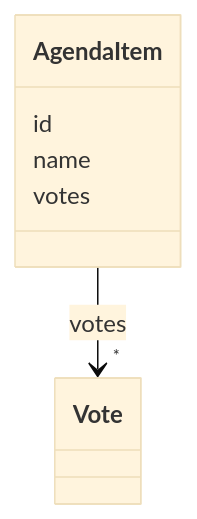
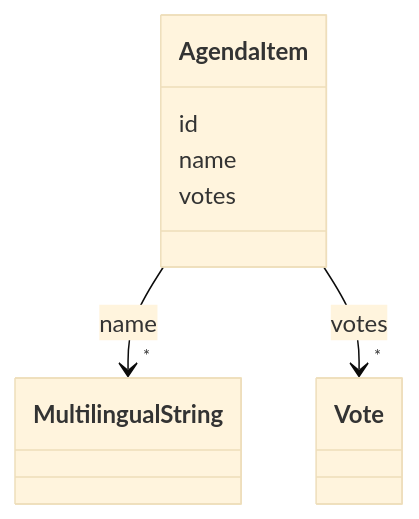
The diagram in Gx_tutorial/output/docs/AgendaItem.md (swiss/political-affairs-ech-group), drawn with Mermaid (base theme) before and after one commit. The commit also changed other lines of this file and 45 other files, not shown here.

````diff
--- a/Gx_tutorial/output/docs/AgendaItem.md
+++ b/Gx_tutorial/output/docs/AgendaItem.md
@@ -14,21 +14,30 @@
 ```mermaid
  classDiagram
     class AgendaItem
     click AgendaItem href "../AgendaItem"
       AgendaItem : id
         
       AgendaItem : name
+        
+          
+    
+        
+        
+        AgendaItem --> "*" MultilingualString : name
+        click MultilingualString href "../MultilingualString"
+    
+
         
       AgendaItem : votes
         
           
     
         
         
         AgendaItem --> "*" Vote : votes
         click Vote href "../Vote"
     
 
         
       
 ```
````
